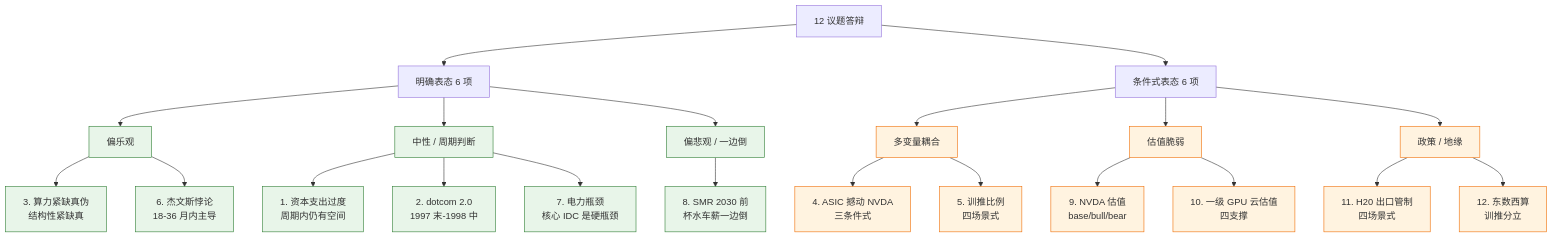
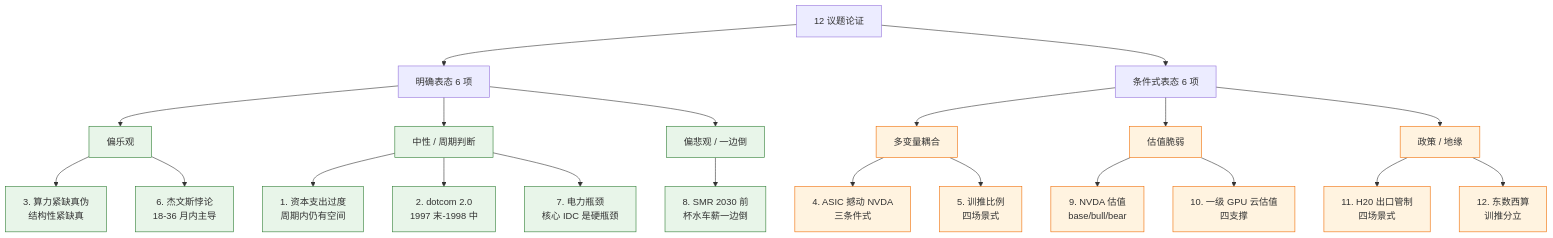
One commit to diguike/book-compute-economics changed the first of 5 diagrams in book/31-disputes-defense/README.md. Above: the diagram before and after it, drawn with Mermaid. The commit also changed other lines of this file and 34 other files, not shown here.

Commit message:
book/00-32: 全书元写作清理 — 删概览价值主张/路线图、章末过渡桥、受众分段，去自造黑话「答辩」（含 ch31 标题与 README/SUMMARY 目录同步）

````diff
--- a/book/31-disputes-defense/README.md
+++ b/book/31-disputes-defense/README.md
@@ -47,38 +47,38 @@
 ```mermaid
 graph TD
-    Root[12 议题答辩]
+    Root[12 议题论证]
 
     Root --> Clear[明确表态 6 项]
     Root --> Cond[条件式表态 6 项]
 
     Clear --> C_Opt[偏乐观]
     Clear --> C_Neu[中性 / 周期判断]
     Clear --> C_Pes[偏悲观 / 一边倒]
 
     Cond --> D_Cust[多变量耦合]
     Cond --> D_Val[估值脆弱]
     Cond --> D_Geo[政策 / 地缘]
 
     C_Opt --> Q3[3. 算力紧缺真伪<br/>结构性紧缺真]
     C_Opt --> Q6[6. 杰文斯悖论<br/>18-36 月内主导]
 
     C_Neu --> Q1[1. 资本支出过度<br/>周期内仍有空间]
     C_Neu --> Q2[2. dotcom 2.0<br/>1997 末-1998 中]
     C_Neu --> Q7[7. 电力瓶颈<br/>核心 IDC 是硬瓶颈]
 
     C_Pes --> Q8[8. SMR 2030 前<br/>杯水车薪一边倒]
 
     D_Cust --> Q4[4. ASIC 撼动 NVDA<br/>三条件式]
     D_Cust --> Q5[5. 训推比例<br/>四场景式]
 
     D_Val --> Q9[9. NVDA 估值<br/>base/bull/bear]
     D_Val --> Q10[10. 一级 GPU 云估值<br/>四支撑]
 
     D_Geo --> Q11[11. H20 出口管制<br/>四场景式]
     D_Geo --> Q12[12. 东数西算<br/>训推分立]
 
     classDef clear fill:#e8f5e9,stroke:#2e7d32
     classDef cond fill:#fff3e0,stroke:#ef6c00
     class C_Opt,C_Neu,C_Pes,Q3,Q6,Q1,Q2,Q7,Q8 clear
     class D_Cust,D_Val,D_Geo,Q4,Q5,Q9,Q10,Q11,Q12 cond
 ```
````
